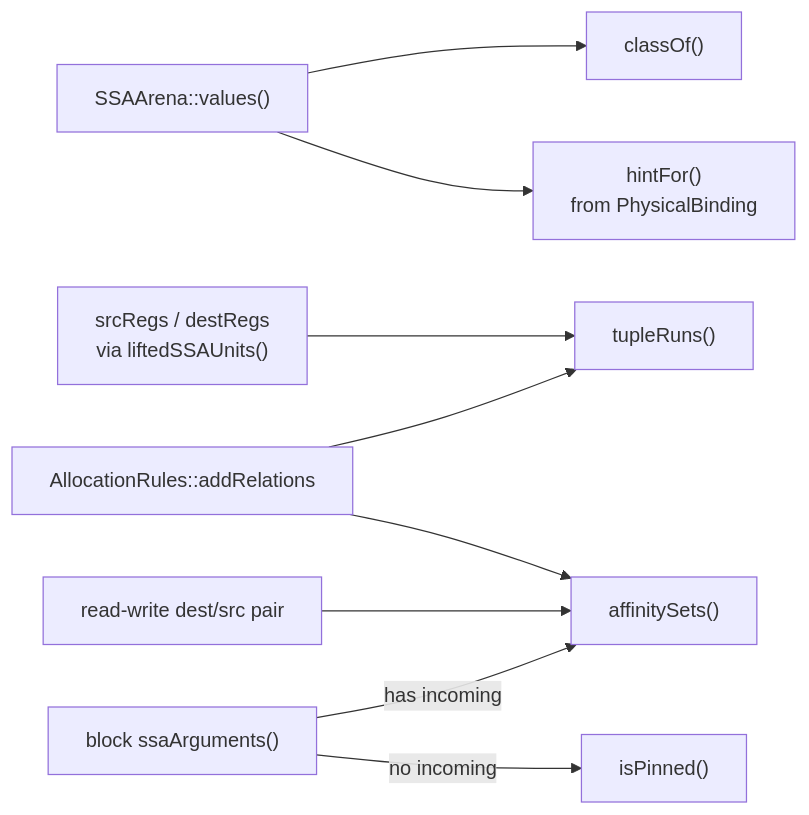
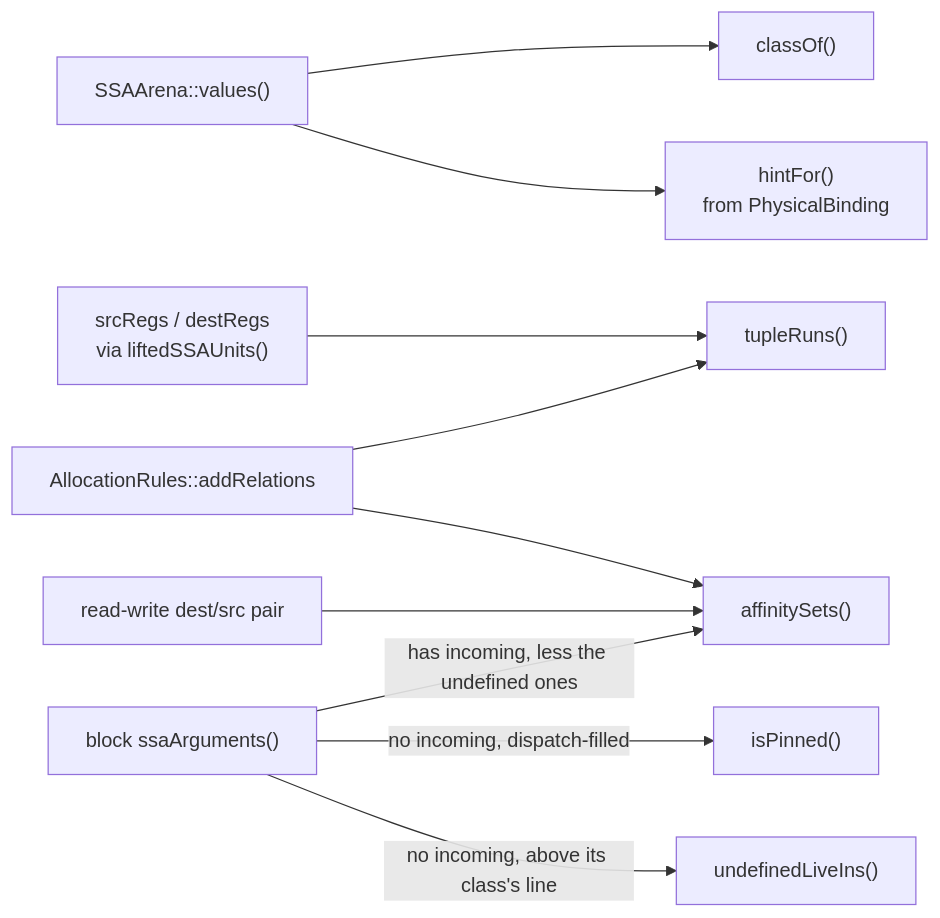
Before and after one commit to ROCm/rocm-libraries: the fourth of 8 diagrams in shared/stinkytofu/docs/developer/register-allocation.md, drawn with Mermaid. The commit also changed other lines of this file and 127 other files, not shown here.

````diff
--- a/shared/stinkytofu/docs/developer/register-allocation.md
+++ b/shared/stinkytofu/docs/developer/register-allocation.md
@@ -541,11 +563,12 @@
 ```mermaid
 flowchart LR
     Arena["SSAArena::values()"] --> ClassOf["classOf()"]
     Arena --> Hint["hintFor()<br/>from PhysicalBinding"]
     Ops["srcRegs / destRegs<br/>via liftedSSAUnits()"] --> Tuple["tupleRuns()"]
-    Args["block ssaArguments()"] -->|has incoming| Aff["affinitySets()"]
-    Args -->|no incoming| Pin["isPinned()"]
+    Args["block ssaArguments()"] -->|"has incoming, less the undefined ones"| Aff["affinitySets()"]
+    Args -->|"no incoming, dispatch-filled"| Pin["isPinned()"]
+    Args -->|"no incoming, above its class's line"| Undef["undefinedLiveIns()"]
     RMW["read-write dest/src pair"] --> Aff
     Rules["AllocationRules::addRelations"] --> Tuple
     Rules --> Aff
 ```
````
